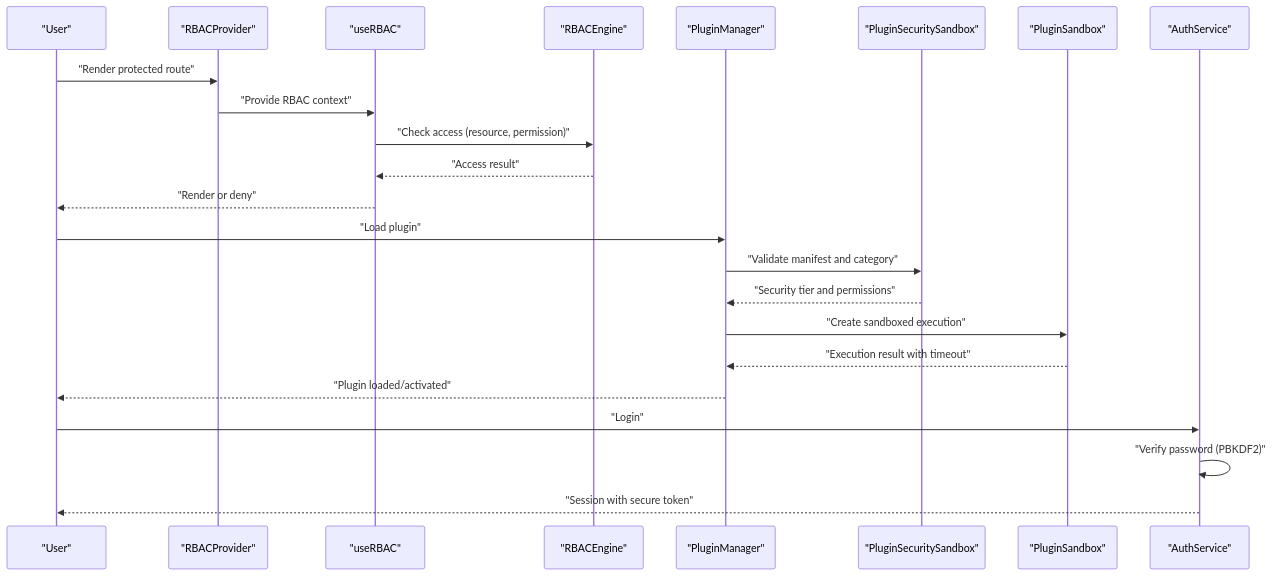
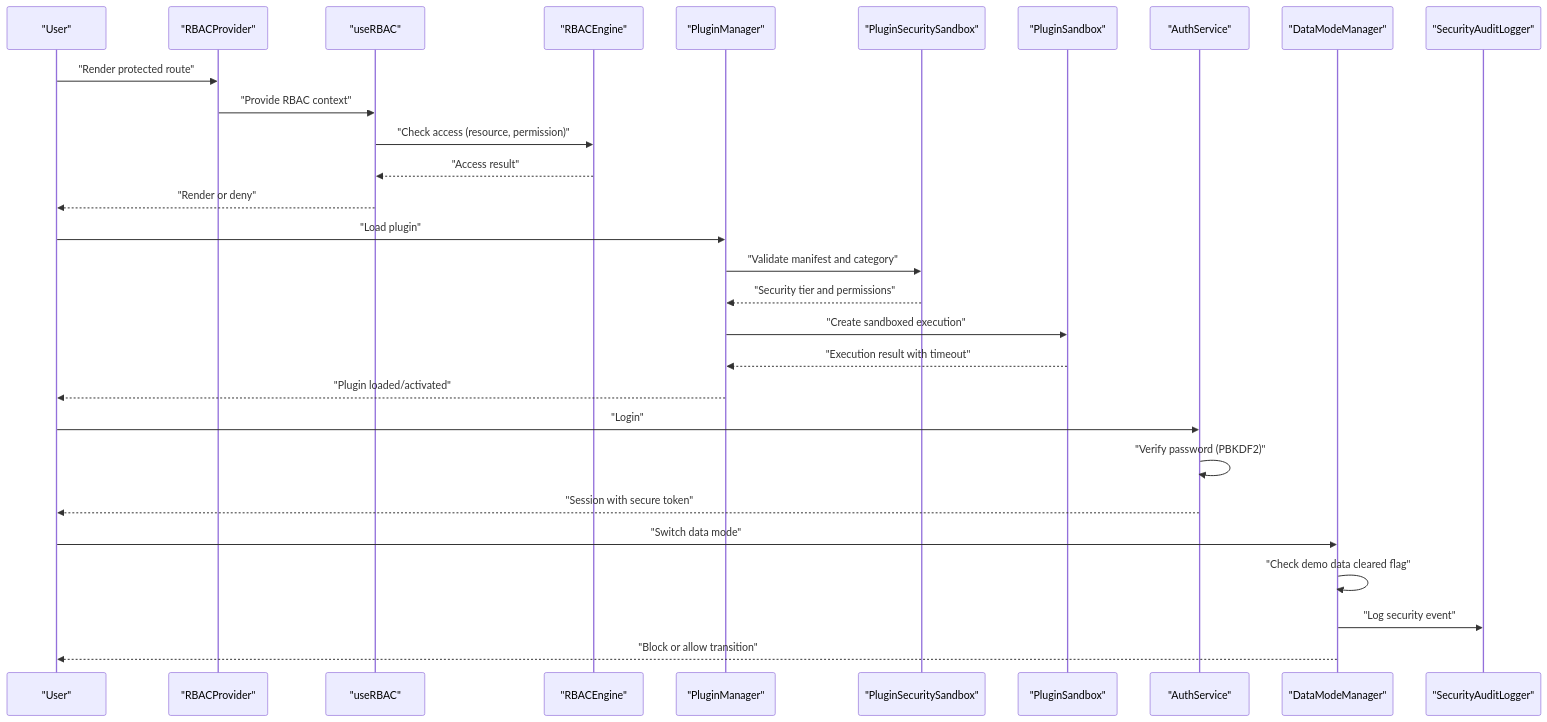
One commit to geniusdynamics/schoolpilot changed the second of 9 diagrams in .qoder/repowiki/en/content/Architecture Overview/Security Architecture.md. Above: the diagram before and after it, drawn with Mermaid. The commit also changed other lines of this file and 54 other files, not shown here.

````diff
--- a/.qoder/repowiki/en/content/Architecture Overview/Security Architecture.md
+++ b/.qoder/repowiki/en/content/Architecture Overview/Security Architecture.md
@@ -119,25 +158,31 @@
 ```mermaid
 sequenceDiagram
 participant User as "User"
 participant RBACProv as "RBACProvider"
 participant RBACHook as "useRBAC"
 participant RBACE as "RBACEngine"
 participant PM as "PluginManager"
 participant PSS as "PluginSecuritySandbox"
 participant PS as "PluginSandbox"
 participant AS as "AuthService"
+participant DMM as "DataModeManager"
+participant SAL as "SecurityAuditLogger"
 User->>RBACProv : "Render protected route"
 RBACProv->>RBACHook : "Provide RBAC context"
 RBACHook->>RBACE : "Check access (resource, permission)"
 RBACE-->>RBACHook : "Access result"
 RBACHook-->>User : "Render or deny"
 User->>PM : "Load plugin"
 PM->>PSS : "Validate manifest and category"
 PSS-->>PM : "Security tier and permissions"
 PM->>PS : "Create sandboxed execution"
 PS-->>PM : "Execution result with timeout"
 PM-->>User : "Plugin loaded/activated"
 User->>AS : "Login"
 AS->>AS : "Verify password (PBKDF2)"
 AS-->>User : "Session with secure token"
+User->>DMM : "Switch data mode"
+DMM->>DMM : "Check demo data cleared flag"
+DMM->>SAL : "Log security event"
+DMM-->>User : "Block or allow transition"
 ```
````
